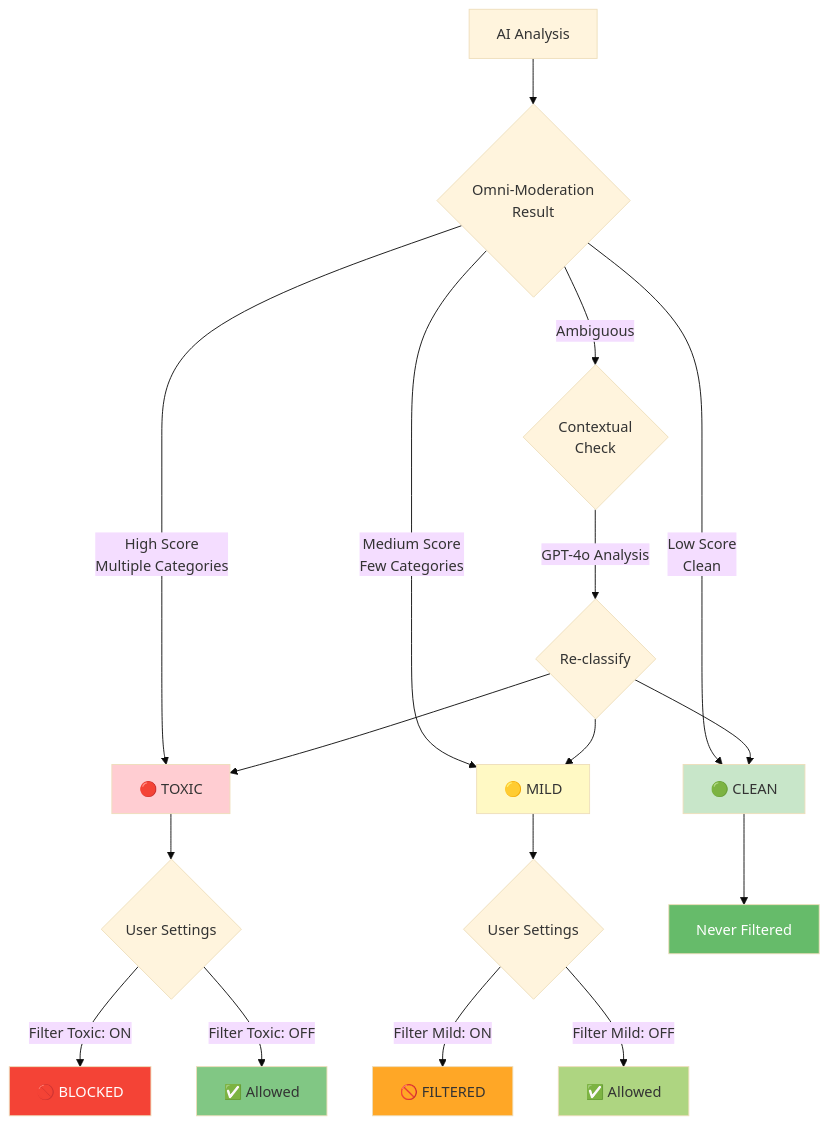
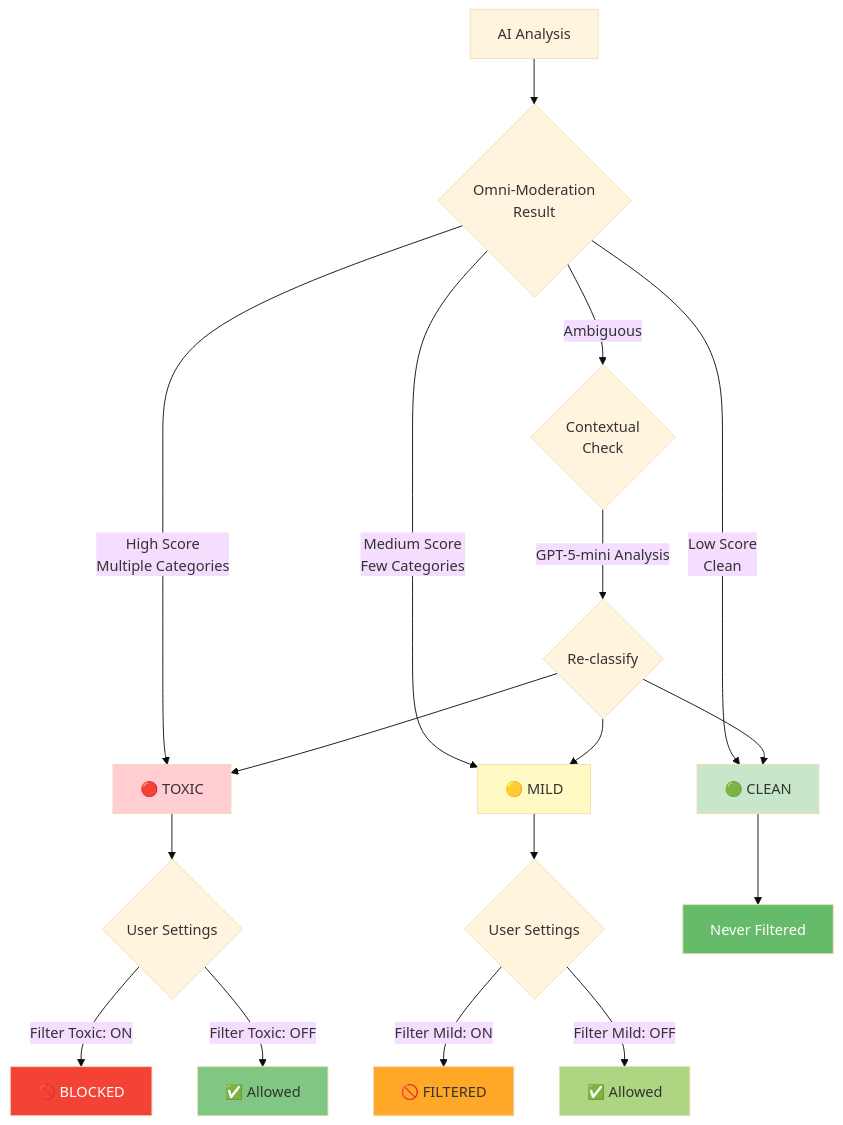
One commit to shinjitsue/JoSan changed the fourth of 4 diagrams in README.md. Above: the diagram before and after it, drawn with Mermaid (base theme). The commit also changed other lines of this file, not shown here.

Commit message:
docs: update README with AI architecture diagrams

````diff
--- a/README.md
+++ b/README.md
@@ -469,33 +469,33 @@
 ```mermaid
 graph TD
     A[AI Analysis] --> B{Omni-Moderation<br/>Result}
 
     B -->|High Score<br/>Multiple Categories| C[🔴 TOXIC]
     B -->|Medium Score<br/>Few Categories| D[🟡 MILD]
     B -->|Low Score<br/>Clean| E[🟢 CLEAN]
     B -->|Ambiguous| F{Contextual<br/>Check}
 
-    F -->|GPT-4o Analysis| G{Re-classify}
+    F -->|GPT-5-mini Analysis| G{Re-classify}
     G --> C
     G --> D
     G --> E
 
     C --> H{User Settings}
     D --> I{User Settings}
     E --> J[Never Filtered]
 
     H -->|Filter Toxic: ON| K[🚫 BLOCKED]
     H -->|Filter Toxic: OFF| L[✅ Allowed]
 
     I -->|Filter Mild: ON| M[🚫 FILTERED]
     I -->|Filter Mild: OFF| N[✅ Allowed]
 
     style C fill:#ffcdd2
     style D fill:#fff9c4
     style E fill:#c8e6c9
     style K fill:#f44336,color:#fff
     style M fill:#ffa726
     style J fill:#66bb6a,color:#fff
     style L fill:#81c784
     style N fill:#aed581
 ```
````
